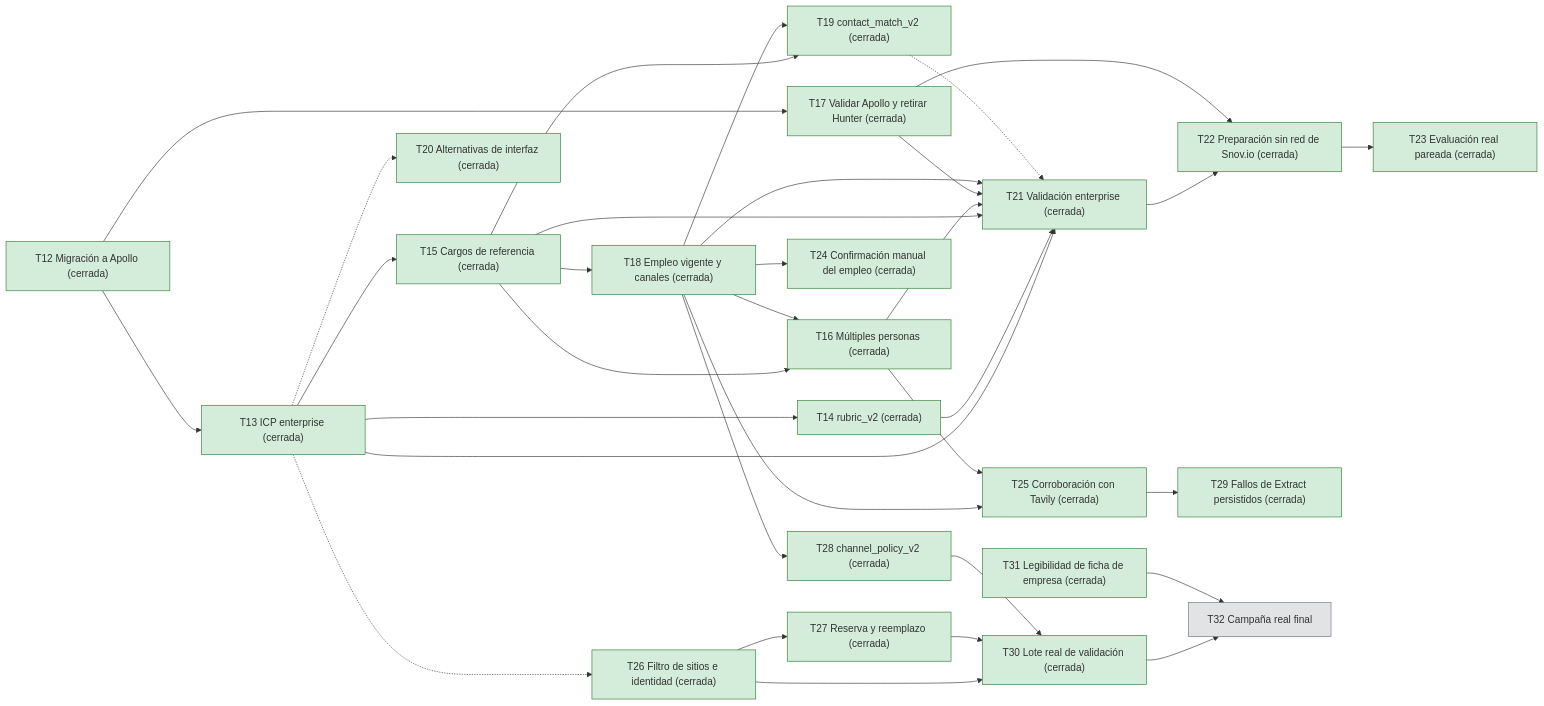
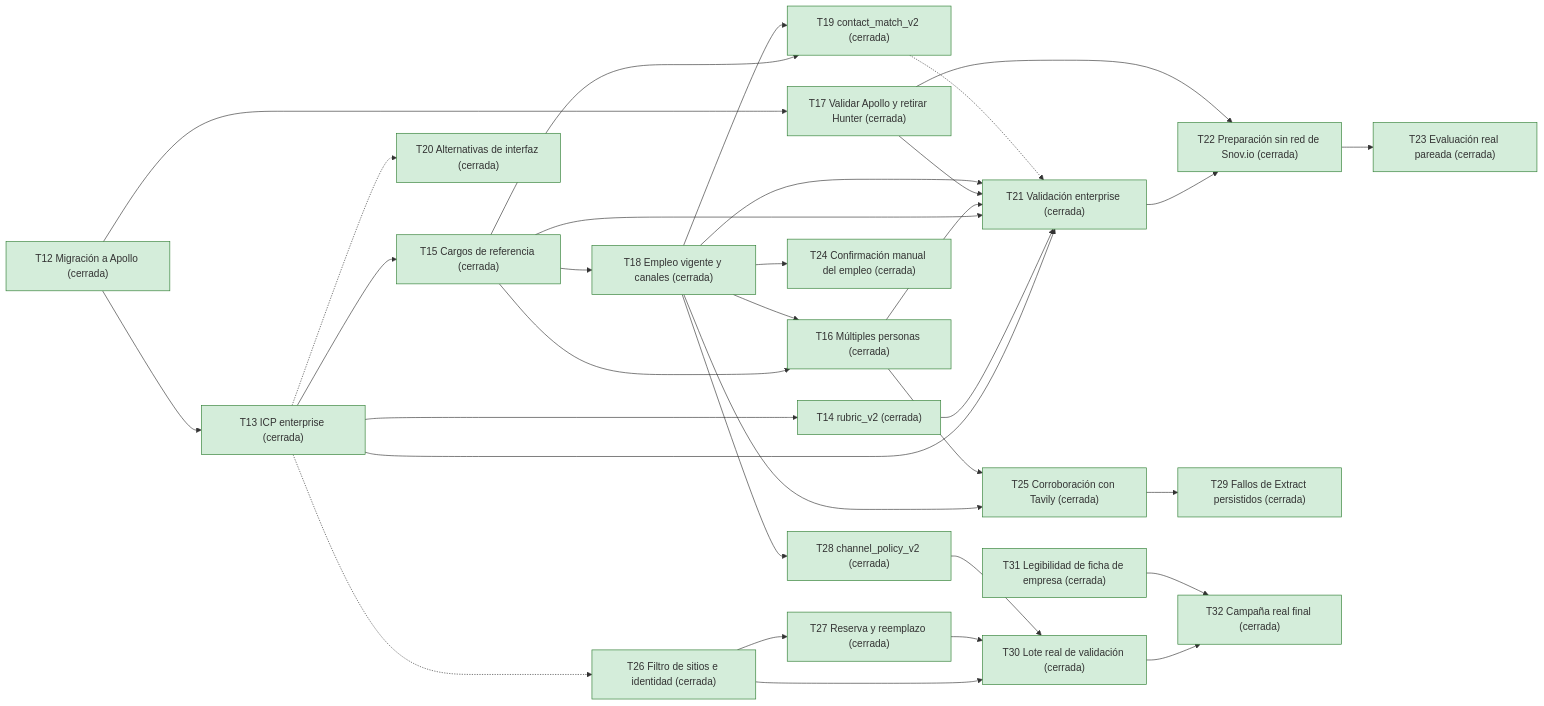
One commit to ThomasSerna/veryfi-prospecting changed the diagram in docs/Roadmap.md. Above: the diagram before and after it, drawn with Mermaid. The commit also changed other lines of this file and 1 other file, not shown here.

Commit message:
docs: cerrar la T32 en el Roadmap y retirar la revisión de ventas de su alcance

````diff
--- a/docs/Roadmap.md
+++ b/docs/Roadmap.md
@@ -62,59 +60,59 @@
 ```mermaid
 flowchart LR
     T12["T12 Migración a Apollo (cerrada)"]:::closed
     T13["T13 ICP enterprise (cerrada)"]:::closed
     T14["T14 rubric_v2 (cerrada)"]:::closed
     T15["T15 Cargos de referencia (cerrada)"]:::closed
     T16["T16 Múltiples personas (cerrada)"]:::closed
     T17["T17 Validar Apollo y retirar Hunter (cerrada)"]:::closed
     T18["T18 Empleo vigente y canales (cerrada)"]:::closed
     T19["T19 contact_match_v2 (cerrada)"]:::closed
     T20["T20 Alternativas de interfaz (cerrada)"]:::closed
     T21["T21 Validación enterprise (cerrada)"]:::closed
     T22["T22 Preparación sin red de Snov.io (cerrada)"]:::closed
     T23["T23 Evaluación real pareada (cerrada)"]:::closed
     T24["T24 Confirmación manual del empleo (cerrada)"]:::closed
     T25["T25 Corroboración con Tavily (cerrada)"]:::closed
     T26["T26 Filtro de sitios e identidad (cerrada)"]:::closed
     T27["T27 Reserva y reemplazo (cerrada)"]:::closed
     T28["T28 channel_policy_v2 (cerrada)"]:::closed
     T29["T29 Fallos de Extract persistidos (cerrada)"]:::closed
     T30["T30 Lote real de validación (cerrada)"]:::closed
     T31["T31 Legibilidad de ficha de empresa (cerrada)"]:::closed
-    T32["T32 Campaña real final"]:::pending
+    T32["T32 Campaña real final (cerrada)"]:::closed
     T12 --> T13
     T12 --> T17
     T13 --> T14
     T13 --> T15
     T15 --> T16
     T15 --> T18
     T15 --> T19
     T18 --> T16
     T18 --> T19
     T13 --> T21
     T14 --> T21
     T15 --> T21
     T16 --> T21
     T17 --> T21
     T18 --> T21
     T21 --> T22
     T17 --> T22
     T22 --> T23
     T13 -.-> T20
     T19 -.-> T21
     T18 --> T24
     T18 --> T25
     T16 --> T25
     T13 -.-> T26
     T26 --> T27
     T18 --> T28
     T25 --> T29
     T26 --> T30
     T27 --> T30
     T28 --> T30
     T30 --> T32
     T31 --> T32
     classDef closed fill:#d4edda,stroke:#2e7d32
     classDef open fill:#fff3cd,stroke:#b8860b
     classDef pending fill:#e2e3e5,stroke:#6c757d
 ```
````
